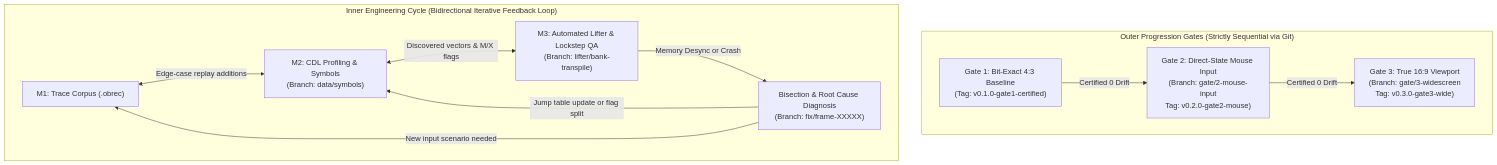
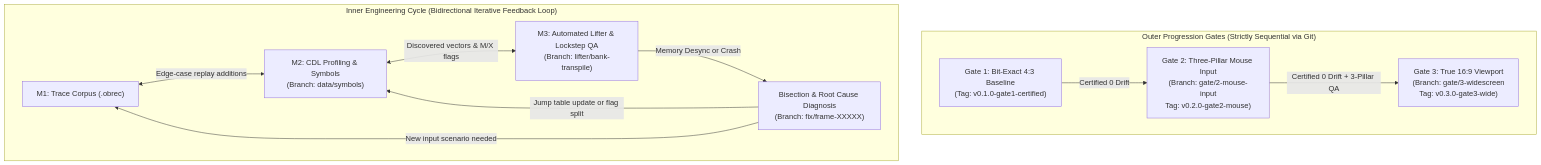
One commit to hoyajavis/ogre-battle-pc changed the second of 2 diagrams in docs/roadmap.md. Above: the diagram before and after it, drawn with Mermaid. The commit also changed other lines of this file and 5 other files, not shown here.

Commit message:
docs(gate2): deprecate Rev 1-8 synthetic D-Pad steering and specify Three-Pillar Mouse Architecture

````diff
--- a/docs/roadmap.md
+++ b/docs/roadmap.md
@@ -33,16 +33,16 @@
 ```mermaid
 flowchart TD
     subgraph OuterGates["Outer Progression Gates (Strictly Sequential via Git)"]
         direction LR
-        G1["Gate 1: Bit-Exact 4:3 Baseline\n(Tag: v0.1.0-gate1-certified)"] -->|Certified 0 Drift| G2["Gate 2: Direct-State Mouse Input\n(Branch: gate/2-mouse-input\nTag: v0.2.0-gate2-mouse)"]
-        G2 -->|Certified 0 Drift| G3["Gate 3: True 16:9 Viewport\n(Branch: gate/3-widescreen\nTag: v0.3.0-gate3-wide)"]
+        G1["Gate 1: Bit-Exact 4:3 Baseline\n(Tag: v0.1.0-gate1-certified)"] -->|Certified 0 Drift| G2["Gate 2: Three-Pillar Mouse Input\n(Branch: gate/2-mouse-input\nTag: v0.2.0-gate2-mouse)"]
+        G2 -->|Certified 0 Drift + 3-Pillar QA| G3["Gate 3: True 16:9 Viewport\n(Branch: gate/3-widescreen\nTag: v0.3.0-gate3-wide)"]
     end
 
     subgraph InnerLoop["Inner Engineering Cycle (Bidirectional Iterative Feedback Loop)"]
         M1["M1: Trace Corpus (.obrec)"] <-->|Edge-case replay additions| M2["M2: CDL Profiling & Symbols\n(Branch: data/symbols)"]
         M2 <-->|Discovered vectors & M/X flags| M3["M3: Automated Lifter & Lockstep QA\n(Branch: lifter/bank-transpile)"]
         M3 -->|Memory Desync or Crash| Bisect["Bisection & Root Cause Diagnosis\n(Branch: fix/frame-XXXXX)"]
         Bisect -->|Jump table update or flag split| M2
         Bisect -->|New input scenario needed| M1
     end
 ```
````
